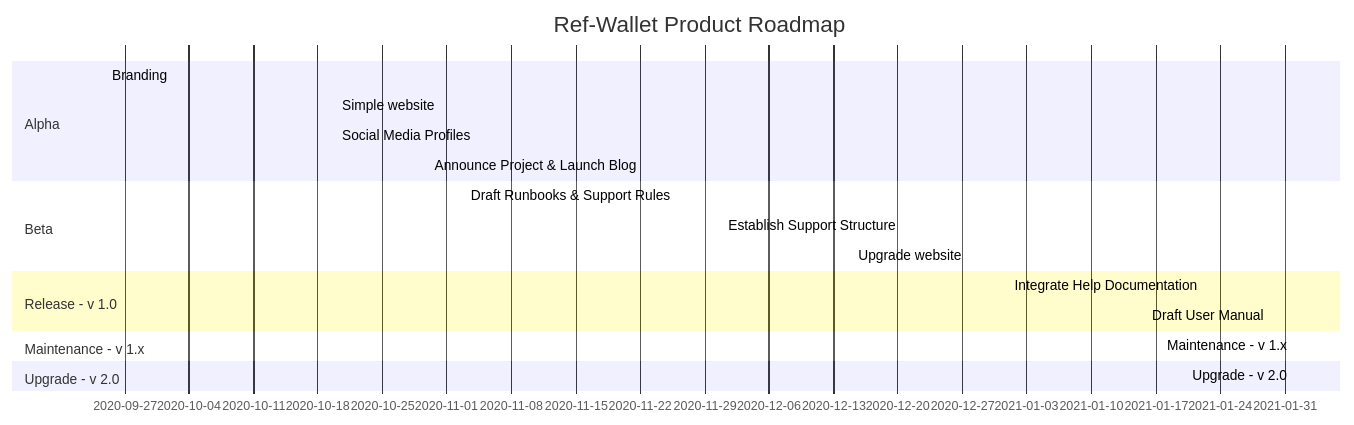
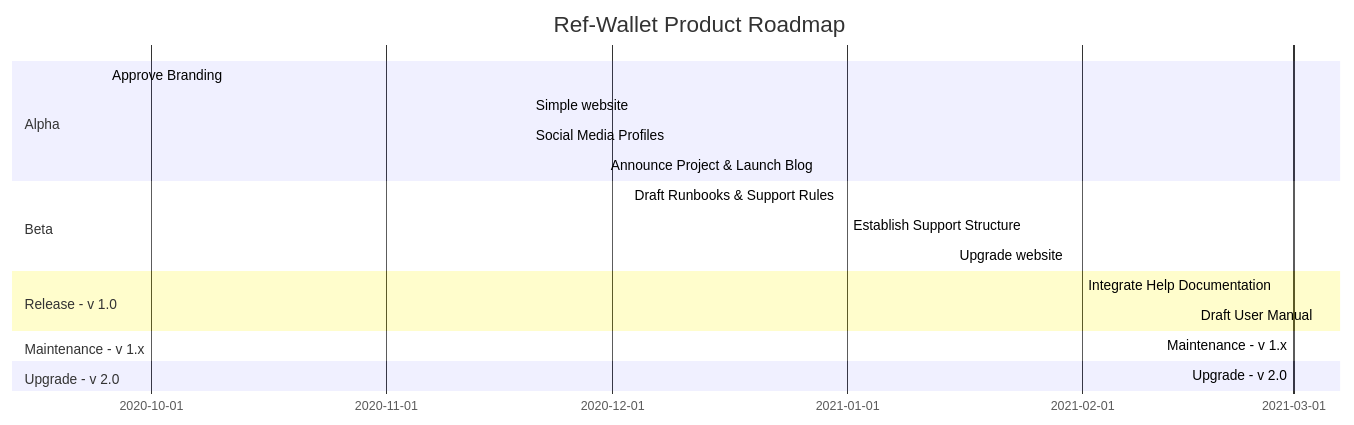
One commit to trilitech/umami-v1 changed the diagram in docs/operative/product_plan.md. Above: the diagram before and after it, drawn with Mermaid.

````diff
--- a/docs/operative/product_plan.md
+++ b/docs/operative/product_plan.md
@@ -40,20 +40,20 @@
 ```mermaid
 gantt
     title Ref-Wallet Product Roadmap
     section Alpha
-    Branding                                          :active, 2020-09-25, 2020-10-20
-    Simple website                                    :active, 2020-10-20, 2020-10-30
-    Social Media Profiles                             :active, 2020-10-20, 2020-10-30
-    Announce Project & Launch Blog                    :active, 2020-10-30, 2020-10-31
+    Approve Branding                                  :active, 2020-09-25, 2020-11-13
+    Simple website                                    :active, 2020-11-20, 2020-11-30
+    Social Media Profiles                             :active, 2020-11-20, 2020-11-30
+    Announce Project & Launch Blog                    :active, 2020-11-30, 2020-11-30
     section Beta
-    Draft Runbooks & Support Rules                    :active, 2020-11-03, 2020-11-30
-    Establish Support Structure                       :active, 2020-12-01, 2020-12-31
-    Upgrade website                                   :active, 2020-12-15, 2020-12-31
+    Draft Runbooks & Support Rules                    :active, 2020-12-03, 2020-12-30
+    Establish Support Structure                       :active, 2021-01-01, 2021-01-31
+    Upgrade website                                   :active, 2021-01-15, 2021-01-31
     section Release - v 1.0
-    Integrate Help Documentation                      :active, 2021-01-01, 2021-01-15
-    Draft User Manual                                 :active, 2021-01-16, 2021-02-01
+    Integrate Help Documentation                      :active, 2021-02-01, 2021-02-15
+    Draft User Manual                                 :active, 2021-02-16, 2021-03-01
     section Maintenance - v 1.x
-    Maintenance - v 1.x                               :active, 2021-02-01, 2021-05-01
+    Maintenance - v 1.x                               :active, 2021-03-01, 2021-06-01
     section Upgrade - v 2.0
-    Upgrade - v 2.0                                   :active, 2021-02-01, 2021-05-01
+    Upgrade - v 2.0                                   :active, 2021-03-01, 2021-06-01
 ```
````
